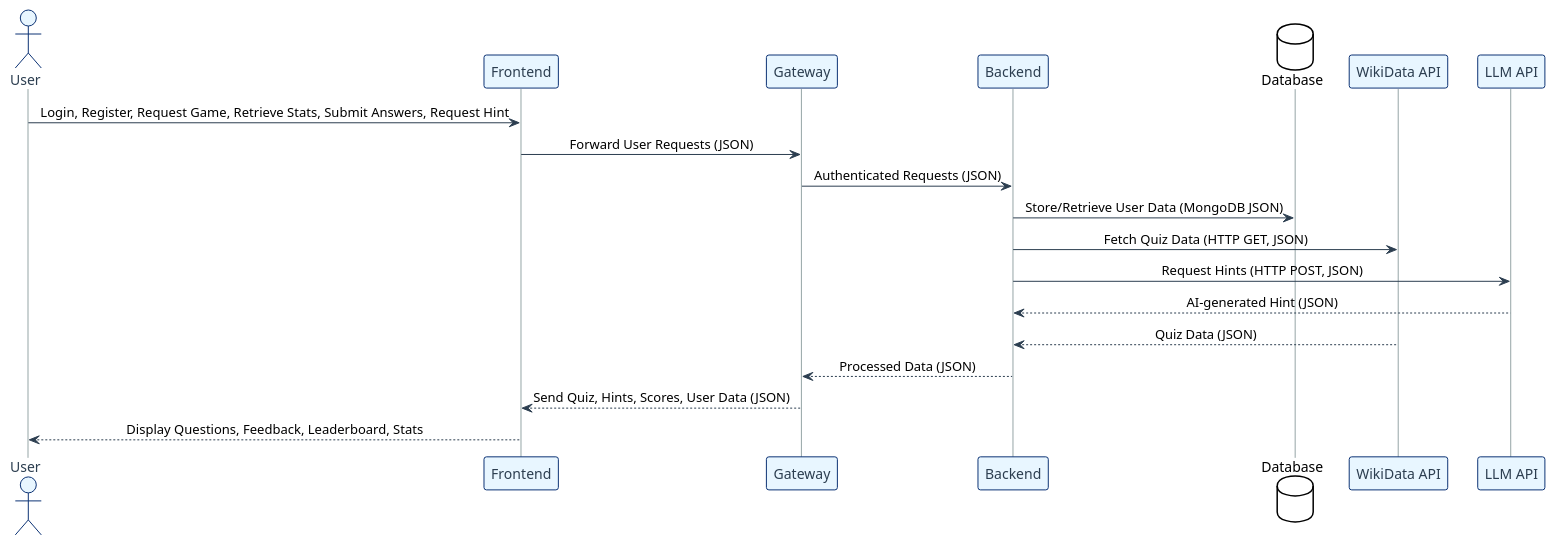
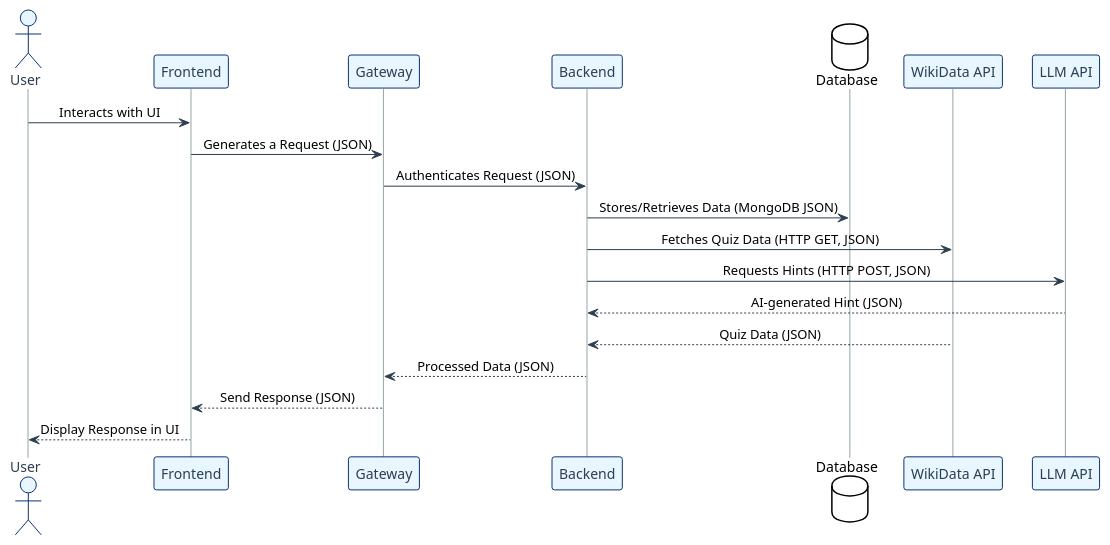
The second of 2 diagrams in docs/src/03_context_and_scope.adoc (Arquisoft/wichat_en2b), drawn with PlantUML before and after one commit. The commit also changed other lines of this file and 1 other file, not shown here.

Commit message:
#202- Refine project documentation by updating multiplayer mode description and clarifying service roles in the architecture overview.

```diff
--- a/docs/src/03_context_and_scope.adoc
+++ b/docs/src/03_context_and_scope.adoc
@@ -107,49 +107,49 @@
 [plantuml]
 ----
 @startuml
 !theme plain
 skinparam BackgroundColor transparent
 skinparam sequenceMessageAlign center
 
 skinparam sequence {
 ArrowColor #2C3E50
 LifeLineBorderColor #95A5A6
 LifeLineBackgroundColor #ECF0F1
 
     ParticipantBorderColor #0d3375
     ParticipantBackgroundColor #E8F6FF
     ParticipantFontColor #2C3E50
     ParticipantFontSize 14
 
     ActorBorderColor #0d3375
     ActorBackgroundColor #E8F6FF
     ActorFontColor #2C3E50
     ActorFontSize 14
 
     DatabaseBorderColor #9B59B6
     DatabaseBackgroundColor #F4ECF7
 }
 
 actor User
 participant "Frontend" as Frontend
 participant "Gateway" as Gateway
 participant "Backend" as Backend
 database "Database" as DB
 participant "WikiData API" as WikiData
 participant "LLM API" as AI
 
-User -> Frontend : Login, Register, Request Game, Retrieve Stats, Submit Answers, Request Hint
-Frontend -> Gateway : Forward User Requests (JSON)
+User -> Frontend : Interacts with UI 
+Frontend -> Gateway : Generates a Request (JSON) 
 
-Gateway -> Backend : Authenticated Requests (JSON)
-Backend -> DB : Store/Retrieve User Data (MongoDB JSON)
-Backend -> WikiData : Fetch Quiz Data (HTTP GET, JSON)
-Backend -> AI : Request Hints (HTTP POST, JSON)
+Gateway -> Backend : Authenticates Request (JSON)
+Backend -> DB : Stores/Retrieves Data (MongoDB JSON)
+Backend -> WikiData : Fetches Quiz Data (HTTP GET, JSON)
+Backend -> AI : Requests Hints (HTTP POST, JSON)
 
 AI --> Backend : AI-generated Hint (JSON)
 WikiData --> Backend : Quiz Data (JSON)
 Backend --> Gateway : Processed Data (JSON)
-Gateway --> Frontend : Send Quiz, Hints, Scores, User Data (JSON)
-Frontend --> User : Display Questions, Feedback, Leaderboard, Stats
+Gateway --> Frontend : Send Response (JSON)
+Frontend --> User : Display Response in UI
 @enduml
 ----
```
